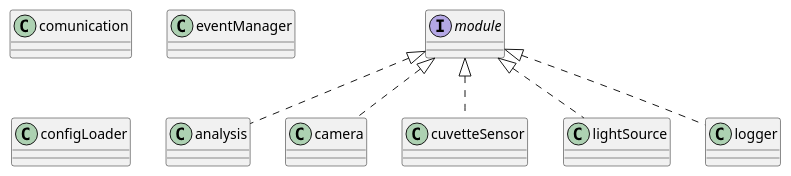
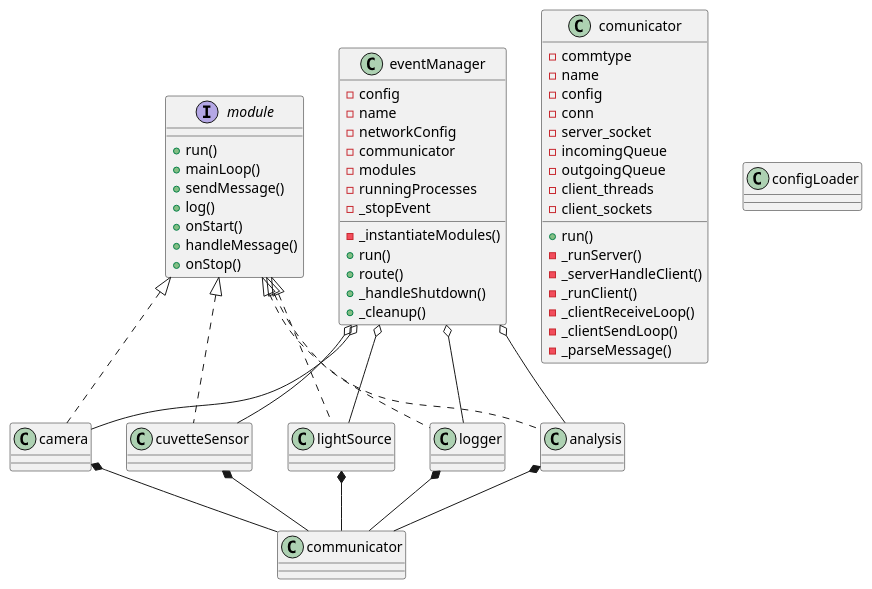
The diagram in diagrams/classes.plantuml (rantonet/raspiscope-python), drawn with PlantUML before and after one commit.

```diff
--- a/diagrams/classes.plantuml
+++ b/diagrams/classes.plantuml
@@ -1,17 +1,67 @@
 @startuml Classes
-interface module{}
-class comunication{}
-class eventManager{}
+interface module{
+    + run()
+    + mainLoop()
+    + sendMessage()
+    + log()
+    + onStart()
+    + handleMessage()
+    + onStop()
+}
+class comunicator{
+    - commtype
+    - name
+    - config
+    - conn
+    - server_socket
+    - incomingQueue
+    - outgoingQueue
+    - client_threads
+    - client_sockets
+    + run()
+    - _runServer()
+    - _serverHandleClient()
+    - _runClient()
+    - _clientReceiveLoop()
+    - _clientSendLoop()
+    - _parseMessage()
+}
+class eventManager{
+    - config
+    - name
+    - networkConfig
+    - communicator
+    - modules
+    - runningProcesses
+    - _stopEvent
+    - _instantiateModules()
+    + run()
+    + route()
+    + _handleShutdown()
+    + _cleanup()
+}
 class analysis{}
 class camera{}
 class configLoader{}
 class cuvetteSensor{}
 class lightSource{}
 class logger{}
 
 module <|.. analysis
 module <|.. camera
 module <|.. cuvetteSensor
 module <|.. lightSource
 module <|.. logger
+
+analysis      *-- communicator
+camera        *-- communicator
+cuvetteSensor *-- communicator
+lightSource   *-- communicator
+logger        *-- communicator
+
+eventManager o-- analysis
+eventManager o-- camera
+eventManager o-- cuvetteSensor
+eventManager o-- lightSource
+eventManager o-- logger
 @enduml
```
